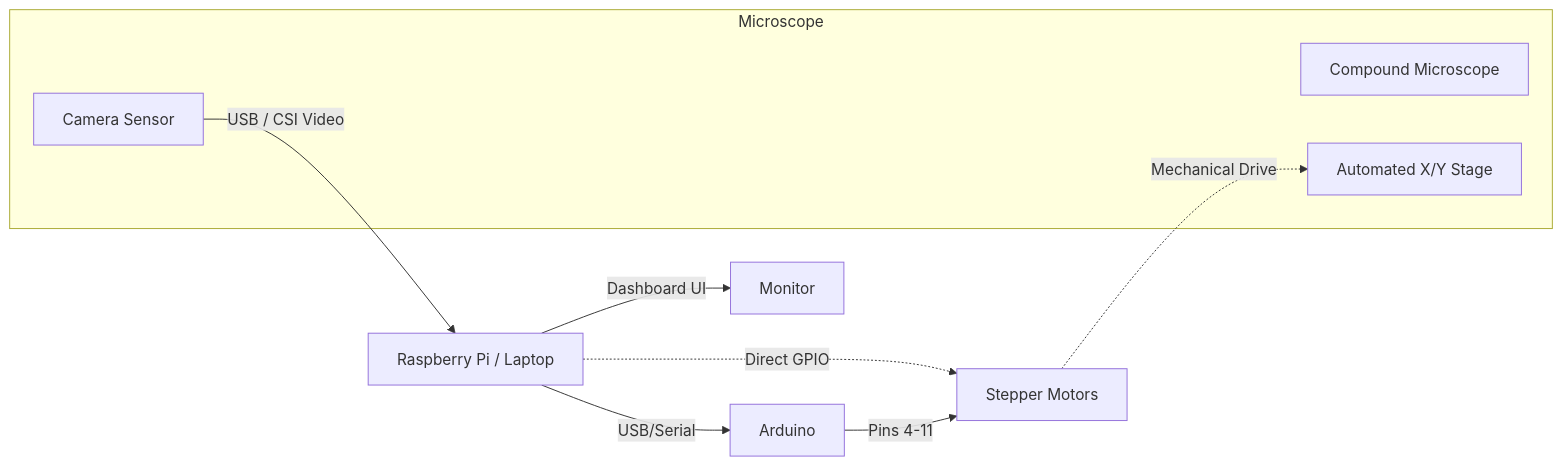
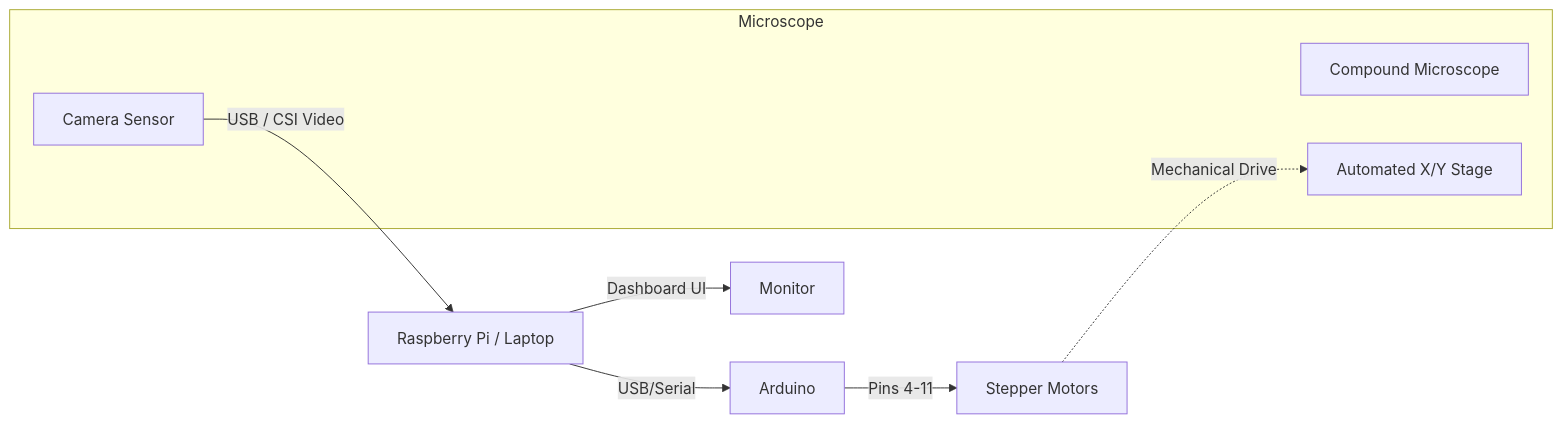
Before and after one commit to mcggEz/microview-ai: the second of 4 diagrams in README.md, drawn with Mermaid. The commit also changed other lines of this file and 1 other file, not shown here.

Commit message:
docs: remove direct GPIO fallback and simplify hardware architecture to Serial/Arduino only

````diff
--- a/README.md
+++ b/README.md
@@ -67,17 +66,16 @@
 ```mermaid
 flowchart LR
   subgraph Microscope
     SCOPE[Compound Microscope]
     STAGE[Automated X/Y Stage]
     SENSOR[Camera Sensor]
   end
 
   SENSOR -->|USB / CSI Video| RPI[Raspberry Pi / Laptop]
 
   RPI -->|USB/Serial| ARD[Arduino]
-  RPI -.->|Direct GPIO| STEP[Stepper Motors]
-  ARD -->|Pins 4-11| STEP
+  ARD -->|Pins 4-11| STEP[Stepper Motors]
   STEP -.->|Mechanical Drive| STAGE
 
   RPI -->|Dashboard UI| MON[Monitor]
 ```
````
